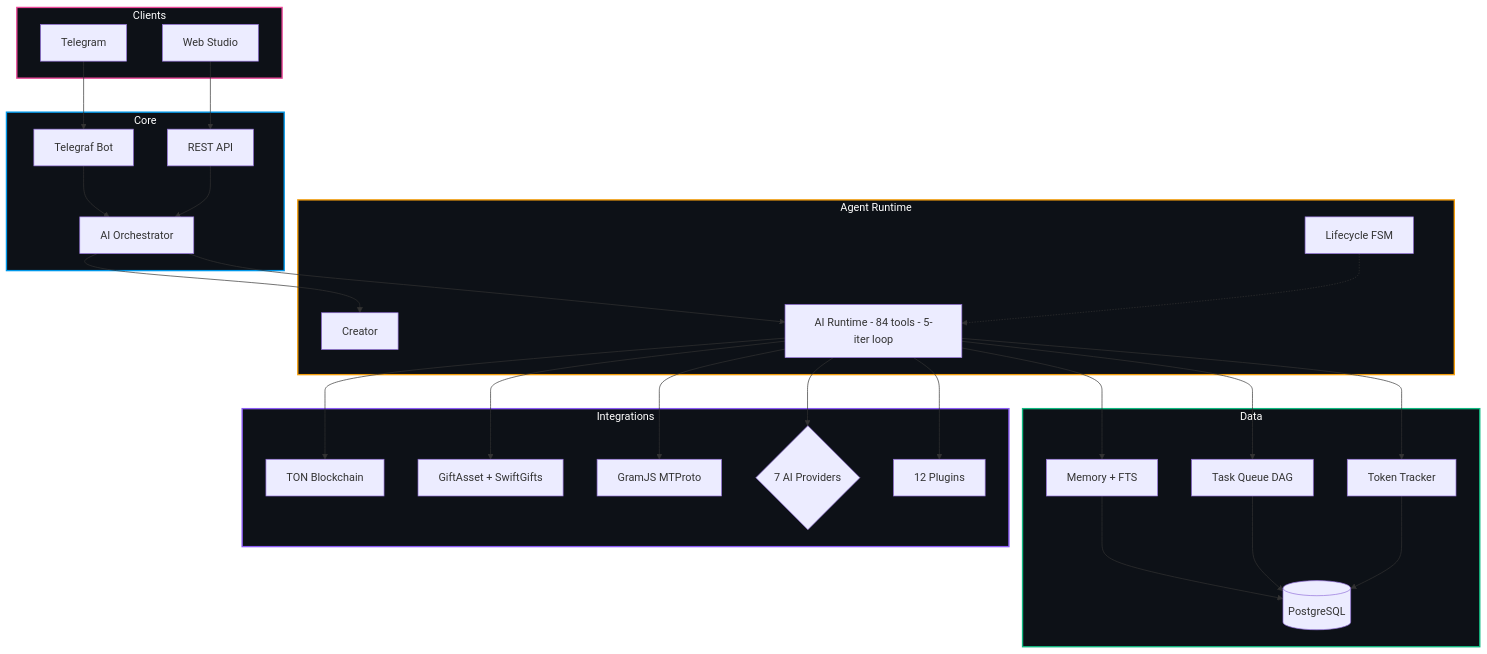
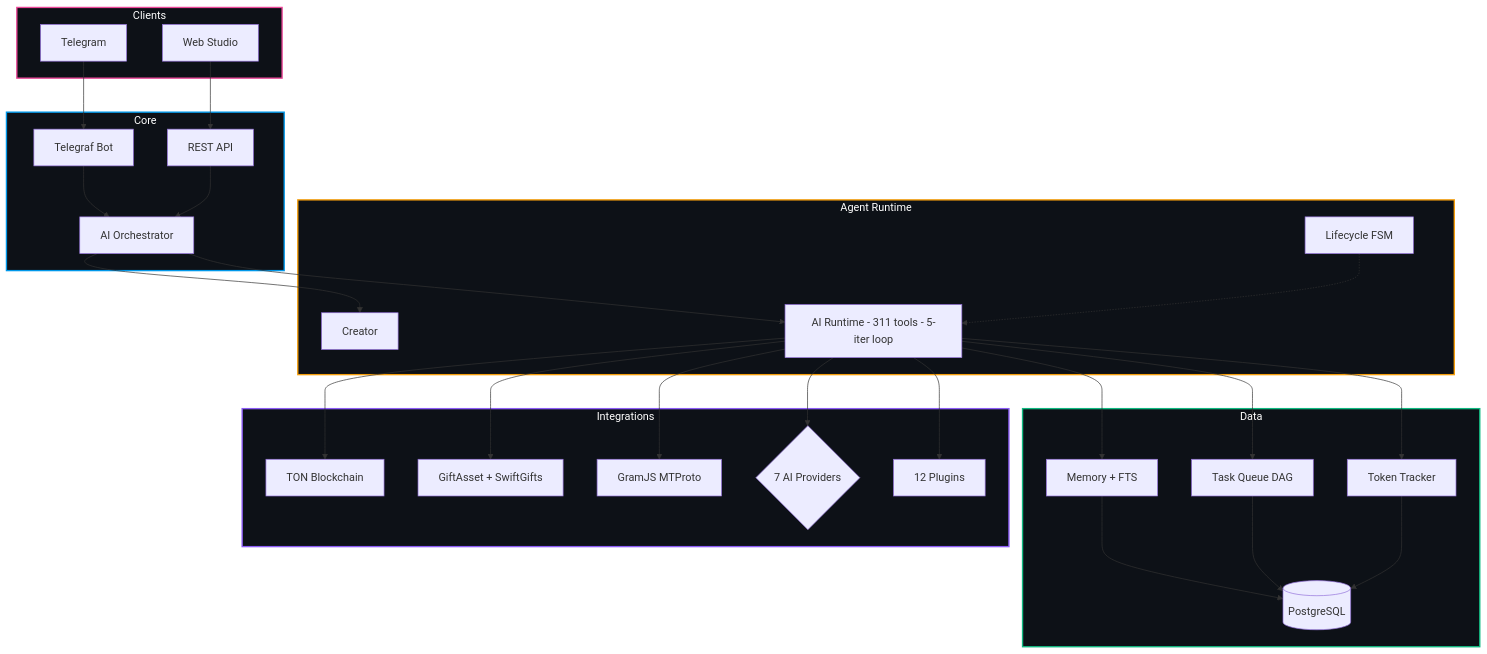
Before and after one commit to uheartattack/TonAgentPlatform: the diagram in README.md, drawn with Mermaid. The commit also changed other lines of this file, not shown here.

Commit message:
docs: update README — 311 tools, 29 tabs, add Evals + Knowledge Base features

````diff
--- a/README.md
+++ b/README.md
@@ -112,47 +116,47 @@
 ```mermaid
 graph TB
     subgraph Clients["Clients"]
         TG[Telegram]
         Web[Web Studio]
     end
 
     subgraph Core["Core"]
         Bot[Telegraf Bot]
         API[REST API]
         Orch[AI Orchestrator]
     end
 
     subgraph Runtime["Agent Runtime"]
         Creator[Creator]
-        AIRuntime[AI Runtime - 84 tools - 5-iter loop]
+        AIRuntime[AI Runtime - 311 tools - 5-iter loop]
         Lifecycle[Lifecycle FSM]
     end
 
     subgraph Data["Data"]
         DB[(PostgreSQL)]
         Memory[Memory + FTS]
         Tasks[Task Queue DAG]
         Tokens[Token Tracker]
     end
 
     subgraph Integrations["Integrations"]
         TON[TON Blockchain]
         Gifts[GiftAsset + SwiftGifts]
         Userbot[GramJS MTProto]
         AI{7 AI Providers}
         Plugins[12 Plugins]
     end
 
     TG --> Bot --> Orch
     Web --> API --> Orch
     Orch --> Creator & AIRuntime
     AIRuntime --> TON & Gifts & Userbot & AI & Plugins
     AIRuntime --> Memory & Tasks & Tokens --> DB
     Lifecycle -.-> AIRuntime
 
     style Core fill:#0d1117,stroke:#0098EA,stroke-width:2px,color:#fff
     style Runtime fill:#0d1117,stroke:#f59e0b,stroke-width:2px,color:#fff
     style Data fill:#0d1117,stroke:#10b981,stroke-width:2px,color:#fff
     style Integrations fill:#0d1117,stroke:#8b5cf6,stroke-width:2px,color:#fff
     style Clients fill:#0d1117,stroke:#ec4899,stroke-width:2px,color:#fff
 ```
````
